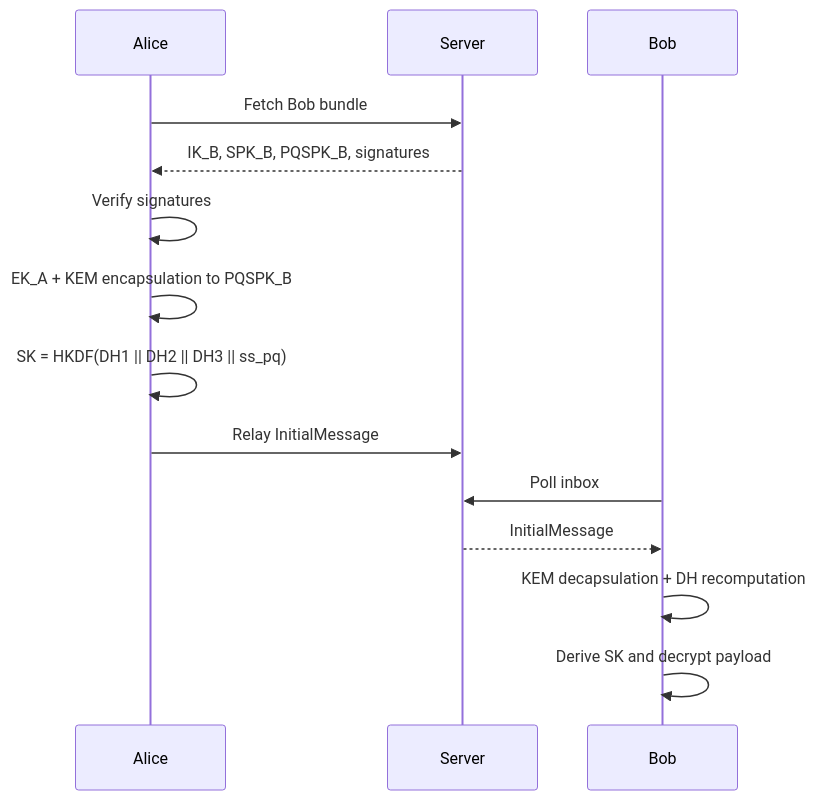
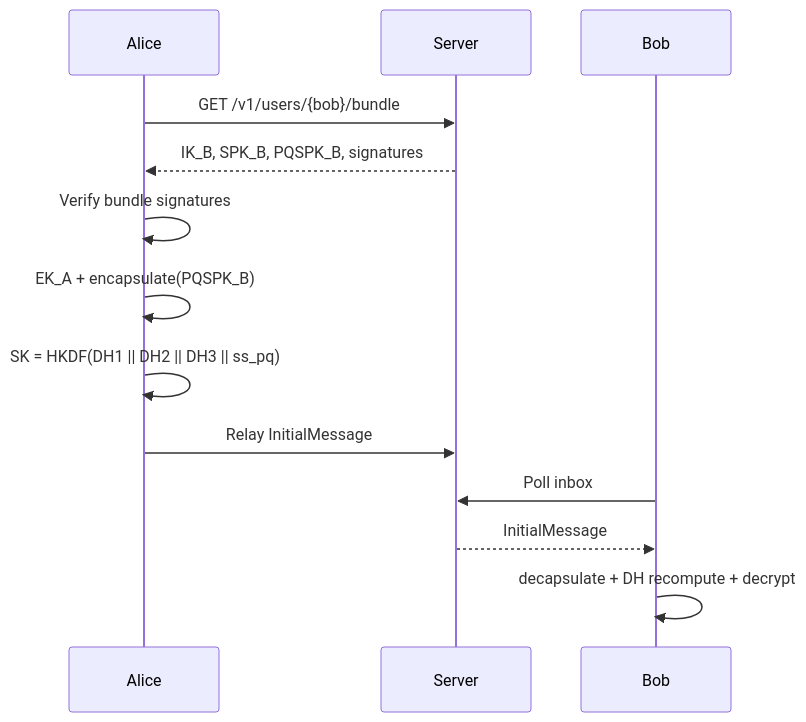
The diagram in docs/SPEC.md (ErenAri/post-quantum-messaging-app), drawn with Mermaid before and after one commit. The commit also changed other lines of this file and 21 other files, not shown here.

````diff
--- a/docs/SPEC.md
+++ b/docs/SPEC.md
@@ -21,16 +19,15 @@
 ```mermaid
 sequenceDiagram
     participant A as Alice
     participant S as Server
     participant B as Bob
-    A->>S: Fetch Bob bundle
+    A->>S: GET /v1/users/{bob}/bundle
     S-->>A: IK_B, SPK_B, PQSPK_B, signatures
-    A->>A: Verify signatures
-    A->>A: EK_A + KEM encapsulation to PQSPK_B
+    A->>A: Verify bundle signatures
+    A->>A: EK_A + encapsulate(PQSPK_B)
     A->>A: SK = HKDF(DH1 || DH2 || DH3 || ss_pq)
     A->>S: Relay InitialMessage
     B->>S: Poll inbox
     S-->>B: InitialMessage
-    B->>B: KEM decapsulation + DH recomputation
-    B->>B: Derive SK and decrypt payload
+    B->>B: decapsulate + DH recompute + decrypt
 ```
````
